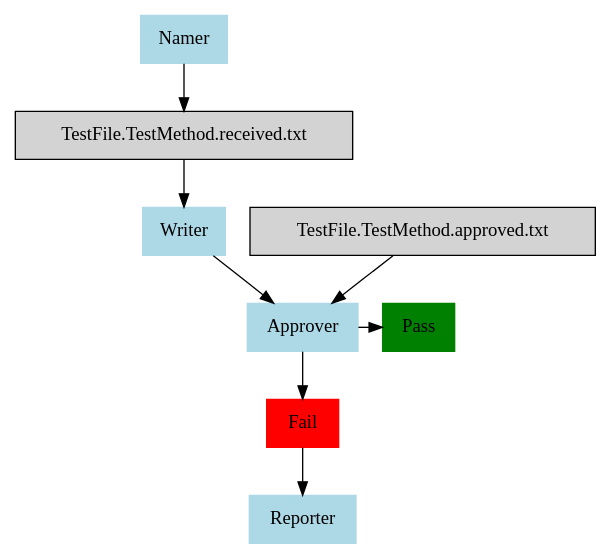
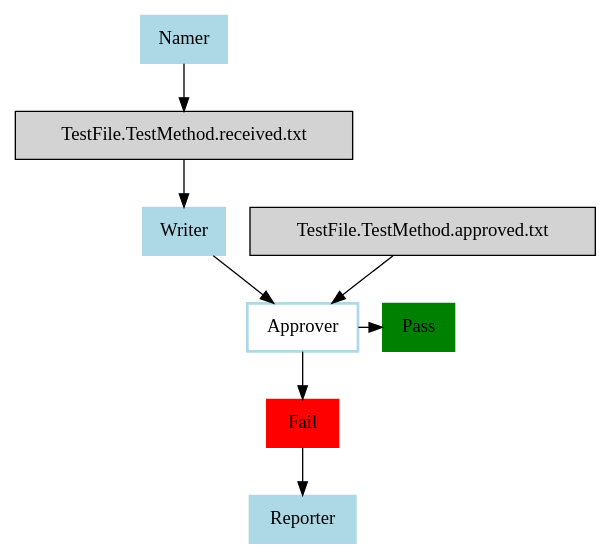
The diagram in docs/ApprovalTests/explanations/mdsource/MainConceptsSimplified.dot (approvals/ApprovalTests.Net), drawn with Graphviz before and after one commit. The commit also changed 4 other files, not shown here.

```diff
--- a/docs/ApprovalTests/explanations/mdsource/MainConceptsSimplified.dot
+++ b/docs/ApprovalTests/explanations/mdsource/MainConceptsSimplified.dot
@@ -1,17 +1,17 @@
 digraph G { node [style=filled, shape=rec]
 
 # Nodes
 "Namer" -> "TestFile.TestMethod.received.txt" -> "Writer" -> "Approver" -> {"Pass", "Fail"}
 "TestFile.TestMethod.approved.txt" -> "Approver"
 "Fail" -> "Reporter"
 
 # Formatting
 "Pass" [color=green]
 "Fail" [color=red]
 
 { rank=same; "Approver", "Pass"}
 
-"Writer", "Approver", "Reporter", "Namer" [color=lightblue]
-
+"Writer", "Reporter", "Namer" [color=lightblue]
+"Approver" [color=lightblue, fillcolor=white, style=bold]
 
 }
```
